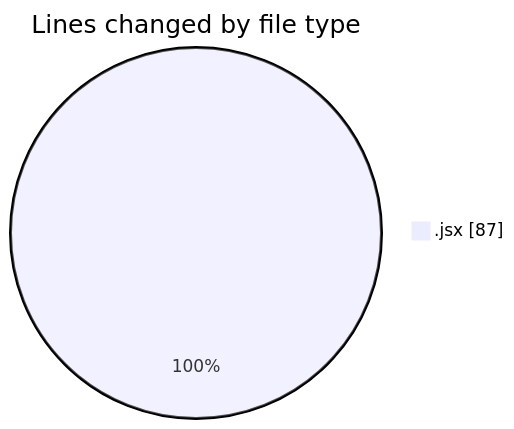
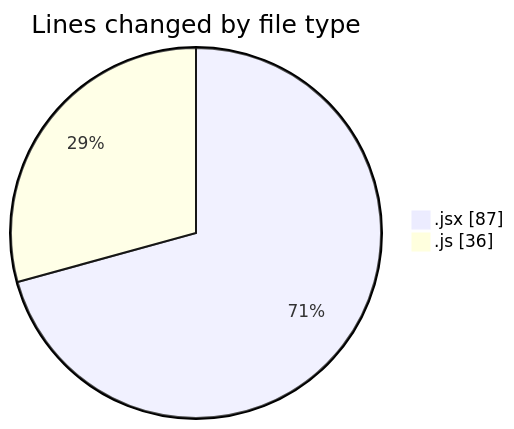
The first of 2 diagrams in 2025-06-17/nxtqube_webapp/README.md (nxtqubesakshisongat/code-tracking), drawn with Mermaid before and after one commit. The commit also changed other lines of this file and 1 other file, not shown here.

````diff
--- a/2025-06-17/nxtqube_webapp/README.md
+++ b/2025-06-17/nxtqube_webapp/README.md
@@ -20,5 +21,6 @@
 ```mermaid
 pie showData
 title Lines changed by file type
 ".jsx" : 87
+".js" : 36
 ```
````
